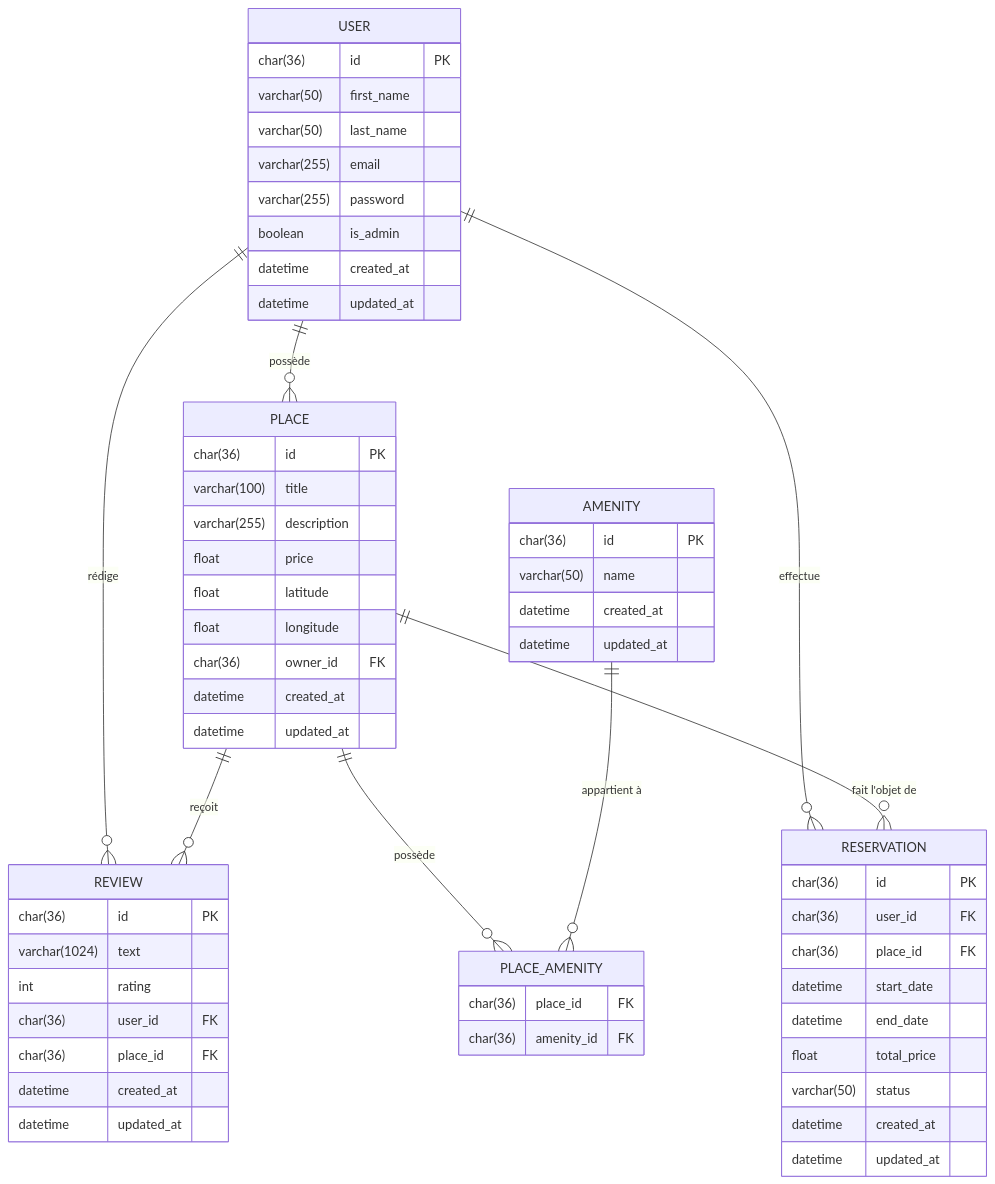
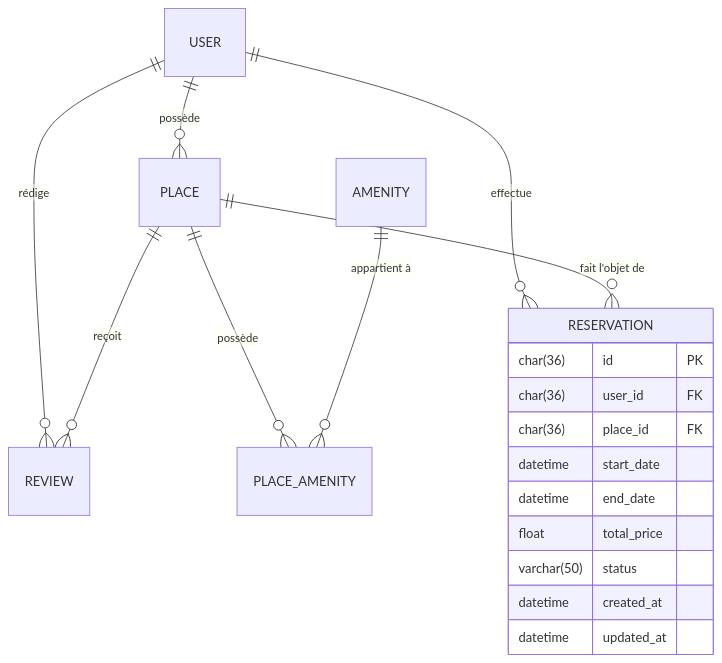
Before and after one commit to loties1533/holbertonschool-hbnb: the second of 2 diagrams in part3/hbnb/README.md, drawn with Mermaid. The commit also changed other lines of this file, not shown here.

Commit message:
tests readme

````diff
--- a/part3/hbnb/README.md
+++ b/part3/hbnb/README.md
@@ -136,62 +139,22 @@
 ```mermaid
 erDiagram
-    USER {
-        char(36) id PK
-        varchar(50) first_name
-        varchar(50) last_name
-        varchar(255) email
-        varchar(255) password
-        boolean is_admin
-        datetime created_at
-        datetime updated_at
-    }
-    PLACE {
-        char(36) id PK
-        varchar(100) title
-        varchar(255) description
-        float price
-        float latitude
-        float longitude
-        char(36) owner_id FK
-        datetime created_at
-        datetime updated_at
-    }
-    REVIEW {
-        char(36) id PK
-        varchar(1024) text
-        int rating
-        char(36) user_id FK
-        char(36) place_id FK
-        datetime created_at
-        datetime updated_at
-    }
-    AMENITY {
-        char(36) id PK
-        varchar(50) name
-        datetime created_at
-        datetime updated_at
-    }
-    PLACE_AMENITY {
-        char(36) place_id FK
-        char(36) amenity_id FK
-    }
+    USER ||--o{ PLACE : "possède"
+    USER ||--o{ REVIEW : "rédige"
+    PLACE ||--o{ REVIEW : "reçoit"
+    PLACE ||--o{ PLACE_AMENITY : "possède"
+    AMENITY ||--o{ PLACE_AMENITY : "appartient à"
+    USER ||--o{ RESERVATION : "effectue"
+    PLACE ||--o{ RESERVATION : "fait l'objet de"
+
     RESERVATION {
         char(36) id PK
         char(36) user_id FK
         char(36) place_id FK
         datetime start_date
         datetime end_date
         float total_price
         varchar(50) status
         datetime created_at
         datetime updated_at
     }
-
-    USER ||--o{ PLACE : "possède"
-    USER ||--o{ REVIEW : "rédige"
-    PLACE ||--o{ REVIEW : "reçoit"
-    PLACE ||--o{ PLACE_AMENITY : "possède"
-    AMENITY ||--o{ PLACE_AMENITY : "appartient à"
-    USER ||--o{ RESERVATION : "effectue"
-    PLACE ||--o{ RESERVATION : "fait l'objet de"
 ```
````
